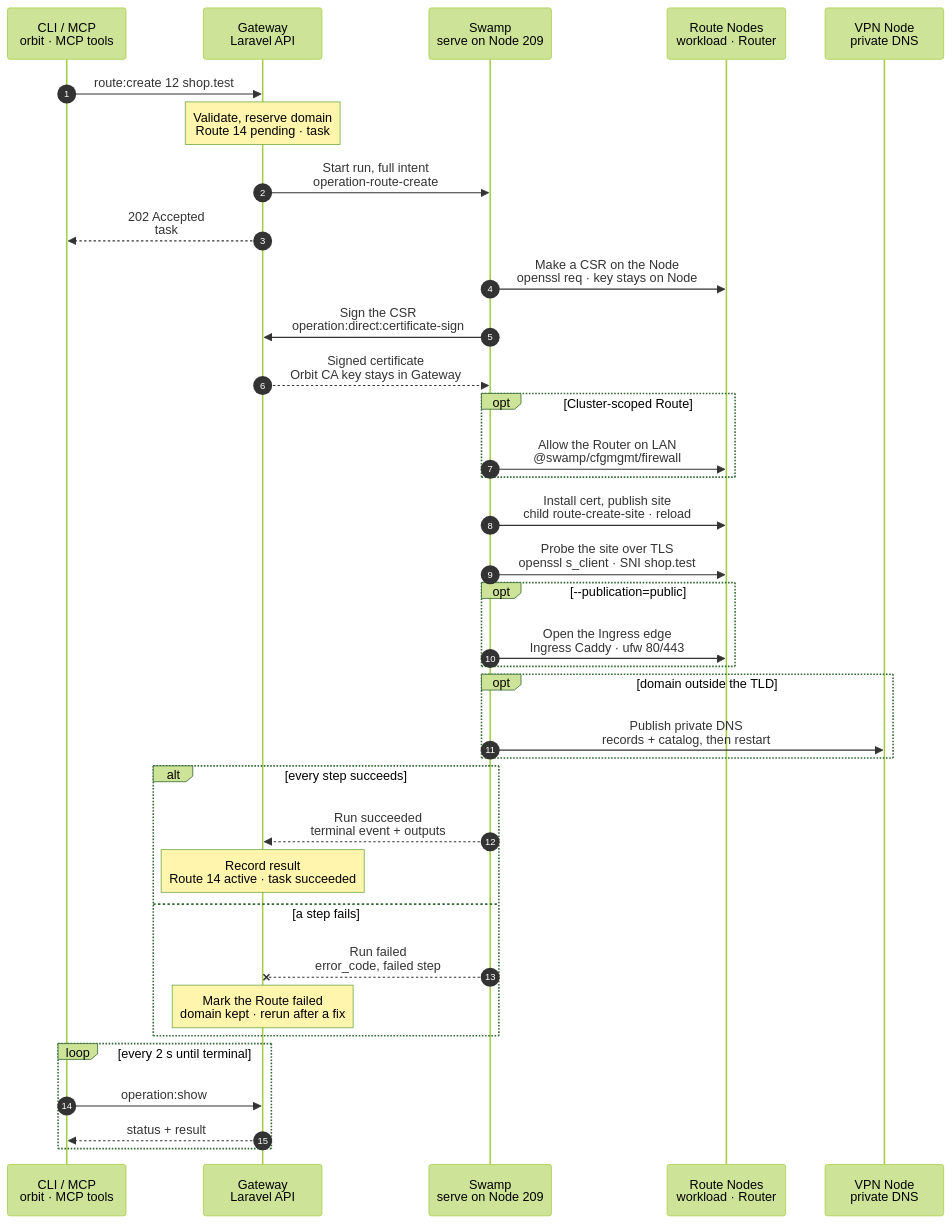
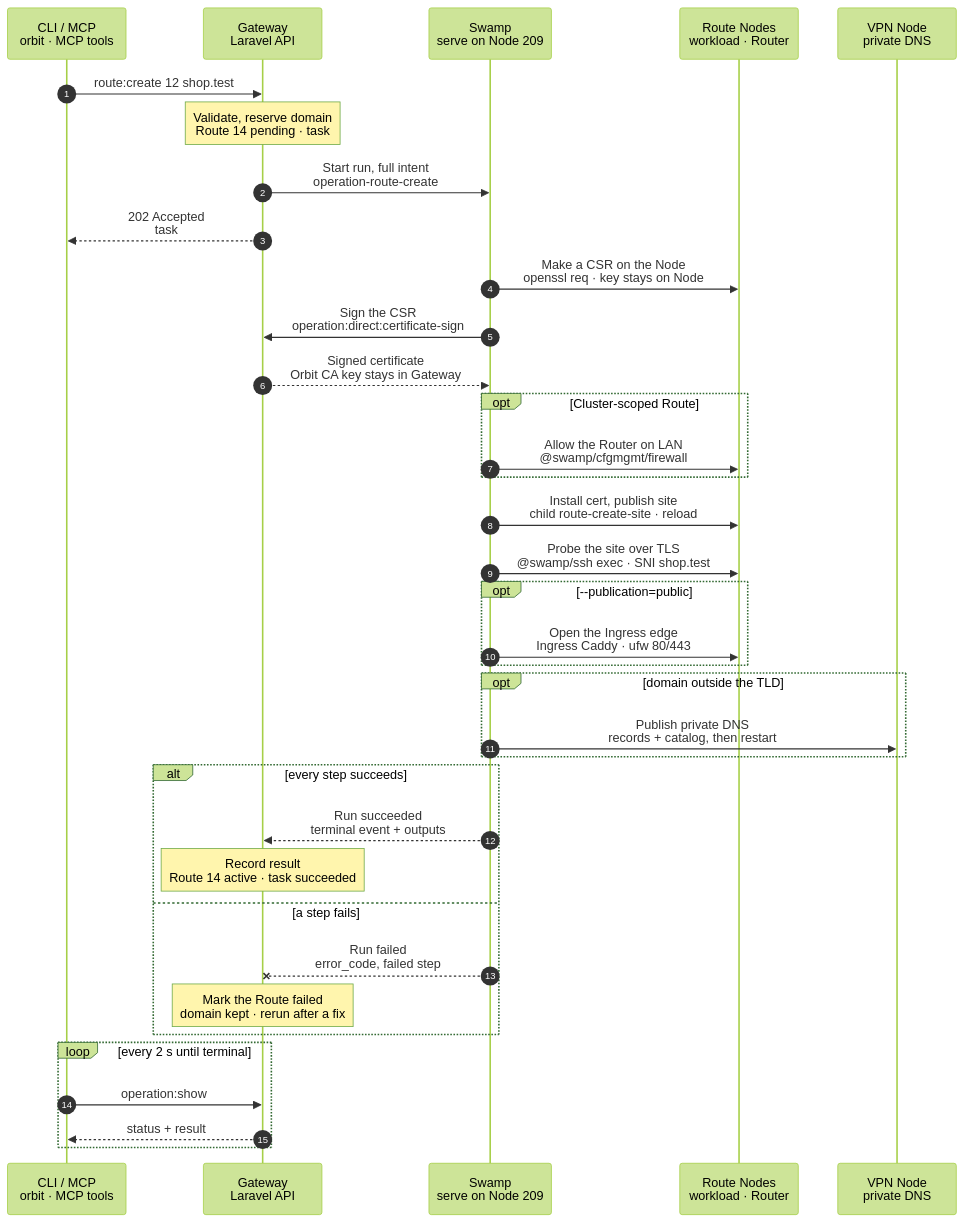
Before and after one commit to hardimpactdev/orbit: the diagram in docs/cli/route/create.mmd, drawn with Mermaid (forest theme). The commit also changed 8 other files, not shown here.

Commit message:
refactor(routes): probe create through pinned official SSH argv

```diff
--- a/docs/cli/route/create.mmd
+++ b/docs/cli/route/create.mmd
@@ -1,168 +1,168 @@
 sequenceDiagram
   %% Target design: ADR 0244 task, DECISIONS R1-R4, no DNS hold, TLD-wide private DNS, web root at instance:create, cert+site one step (Nick 2026-11-02), firewall.allow shape, Gateway signs CSRs (root-of-trust), single-swamp-node. docs/cli/route.mdx, docs/reference/routes.md.
   %% Checked: flow-tighten 2026-11-02, rules 14-22 (rule 22: name the cfgmgmt behaviors; no other change).
   %% Rule 23: 2026-11-03 required-only main path.
   %% status: draft
   %% command: route:create
   %% kind: route.create
   autonumber
   %% lane CLI icon=terminal pill=caller tone=gray
   %% lane GW icon=gateway pill=intent tone=blue
   %% lane SW icon=workflow pill=executes tone=green
   %% lane N icon=server pill=target tone=amber
   %% lane V icon=server pill=target tone=purple
   participant CLI as CLI / MCP<br/>orbit · MCP tools
   participant GW as Gateway<br/>Laravel API
   participant SW as Swamp<br/>serve on Node 209
   participant N as Route Nodes<br/>workload · Router
   participant V as VPN Node<br/>private DNS
   CLI->>GW: route:create 12 shop.test
   %%> Command:
   %%> - `orbit route:create 12 shop.test`
   %%> - syntax: `<instance> <domain> [--publication=private|public] [--web-root=PATH]`
   %%> Other forms:
   %%> - custom proxy: `<domain> --node=NODE --upstream=URL` or `<domain> --node=NODE --process=PROCESS`
   %%> - public Process Route: `<domain> --process=PROCESS [--ingress=NODE] --publication=public`
   %%> Input:
   %%> - Instance 12 sets the Project and the scope: its Node, or its active Cluster
   %%> - the domain; the Gateway normalizes it
   %%> Optional:
   %%> - `--publication=public`: also opens the Ingress edge; the default is `private`
   %%> - `--web-root=PATH`: the site serves that directory of the checkout; it adds no step
   %%> - `--idempotency-key` and `--json` change no step
   %%> Who can call it:
   %%> - the `orbit` CLI and the MCP tool send the same request
   Note over GW: Validate, reserve domain<br/>Route 14 pending · task #5120
   %%> Requirements:
   %%> - your Node has an access grant to Node 7, the Node of Instance 12
   %%> - Instance 12 is active and has a supported web root
   %%> - the domain is valid, free, and not a reserved name such as `gateway.orbit`
   %%> - Instance 12 has no other Route without a web root (`route.target_conflict`)
   %%> - a Cluster-scoped Route needs an active Router (`route.router_required`)
   %%> - a public Route needs production targets and a serving Ingress
   %%> Locks:
   %%> - the projection lock and the Instance environment owner of Instance 12
   %%> - a busy lock is waited for up to 30 s, then `app-dev.projection_busy`
   %%> Builds:
   %%> - the Caddy site blocks for every affected Node, the certificate leaves, the LAN tuples and the private DNS records
   %%> Result:
   %%> - Route 14 recorded as `pending`, unpublished, with the domain reserved
   %%> - task #5120 recorded with the full intent
   %%> - nothing has happened on a Node yet
   GW->>SW: Start run, full intent<br/>operation-route-create
   %%> What it does:
   %%> - starts one Swamp run on serve (Node 209)
   %%> Inputs:
   %%> - the rendered Caddy blocks before and after, per Node
   %%> - the certificate leaves: Node, scope, domain, Node user
   %%> - LAN tuples, DNS records, probes, and each Node's address and SSH host keys
   %%> - production `.env` material only as vault key names in `orbit-control-inputs` (R3)
   %%> - the SSH identity comes from the `swamp` role
   GW-->>CLI: 202 Accepted<br/>task #5120
   %%> What you get:
   %%> - the task number, at once
   %%> Next:
   %%> - the CLI follows the task with `operation:show`
   SW->>N: Make a CSR on the Node<br/>openssl req · key stays on Node
   %%> How:
   %%> - Swamp reaches Node 7, and the Router for a Cluster Route, over `@swamp/ssh` from 209
   %%> What it does:
   %%> - makes a new private key and a certificate request for `shop.test`
   %%> - returns only the public CSR to Swamp
   %%> Why:
   %%> - the private key never leaves the Node
   SW->>GW: Sign the CSR<br/>operation:direct:certificate-sign
   %%> What it does:
   %%> - sends the CSRs with task #5120 and the run id
   %%> Why:
   %%> - the Orbit CA key stays in the Gateway; signing is the one step that calls the Gateway
   %%> Requirements:
   %%> - the Gateway checks the task, the run, and that each CSR matches an admitted leaf
   GW-->>SW: Signed certificate<br/>Orbit CA key stays in Gateway
   %%> Returns:
   %%> - one public certificate bundle per leaf
   opt Cluster-scoped Route
     SW->>N: Allow the Router on LAN<br/>@swamp/cfgmgmt/firewall
     %%> What it does:
     %%> - on the workload Node, allows TCP 443 from the Router's LAN address
     %%> - an identical tuple that another Route uses is left as it is
     %%> - a managed rule goes below the operator rules, so `@swamp/cfgmgmt/firewall` needs no insert position
     %%> Why:
     %%> - the Router forwards to the workload over LAN, with no WireGuard fallback
   end
   SW->>N: Install cert, publish site<br/>child route-create-site · reload
   %%> What it does, per Node, in one child run:
   %%> - installs the signed certificate next to its key, `root:caddy` 0644, and points `current` at it
   %%> - copies the pair into the account's `~/.orbit/certificates`, which development servers read
   %%> - trusts the Orbit root, writes the PHP-FPM pools, then the whole Caddyfile
   %%> - validates the Caddyfile, then reloads Caddy
   %%> - writes `APP_URL`, or a production `.env` from the vault
   %%> Until instance:create owns it:
   %%> - grants Caddy read access to the web root, one `setfacl` per directory
   %%> How:
   %%> - `@swamp/cfgmgmt` file, link and line; `caddy validate`, reloads and `setfacl` as `@swamp/ssh exec`
   %%> Why reload:
   %%> - a reload keeps open connections; Caddy is never restarted (rule 7)
   %%> Refuses:
-  %%> - a validation error; the old Caddyfile stays in place
+  %%> - a validation error stops the reload; the written candidate stays for convergence
   %%> Why one step:
   %%> - same Node, back to back; the certificate never sits on the Node without its site
-  SW->>N: Probe the site over TLS<br/>openssl s_client · SNI shop.test
+  SW->>N: Probe the site over TLS<br/>@swamp/ssh exec · SNI shop.test
   %%> What it does:
-  %%> - connects from 209 to the workload, or the Router, on port 443 with the Route domain as SNI
+  %%> - runs one pinned SSH argv on 209, connecting to the workload or Router on port 443 with the Route domain as SNI
   %%> - requires a chain the Orbit root trusts
   %%> Why:
   %%> - the Route only counts as served when the probe passes
   %%> Not included:
   %%> - the application's own HTTP answer; a 500 does not fail the Route
   opt --publication=public
     SW->>N: Open the Ingress edge<br/>Ingress Caddy · ufw 80/443
     %%> What it does:
     %%> - publishes the public site on the Ingress, with `tls force_automate` for Let's Encrypt
     %%> - opens `orbit:ingress-http` and `orbit:ingress-https` when they are closed
     %%> Not included:
     %%> - the public DNS record; you create it yourself
     %%> - waiting for Let's Encrypt; Caddy retries on its own
   end
   opt domain outside the TLD
     SW->>V: Publish private DNS<br/>records + catalog, then restart
     %%> What it does:
     %%> - adds the domain, for example `shop.nick.dev`, pointing at Node 7, or at the Router for a Cluster Route
     %%> - writes the records and the catalog with `@swamp/cfgmgmt/file`, then restarts dnsmasq; it reads records only at start
     %%> Order:
     %%> - DNS goes last, so a name only resolves when its site serves
     %%> When:
     %%> - only when the domain is outside the TLD of Node 7 or its Cluster
     %%> - `shop.test` needs no record: private DNS already answers all of `.test` with Node 7
   end
   alt every step succeeds
     SW-->>GW: Run succeeded<br/>terminal event + outputs
     %%> How the Gateway learns it:
     %%> - its shared run reader sees the terminal event; Swamp never calls the Gateway
     Note over GW: Record result<br/>Route 14 active · task succeeded
     %%> Result:
     %%> - Route 14 becomes `active` and Instance 12 shows `https://shop.test`
     %%> - task #5120 succeeds
   else a step fails
     SW--xGW: Run failed<br/>error_code, failed step
     %%> The Gateway reads:
     %%> - which step failed and its error code
     Note over GW: Mark the Route failed<br/>domain kept · rerun after a fix
     %%> Result:
     %%> - Route 14 is marked `failed` with `failed_step` and `error_code`; the domain stays reserved
     %%> - task #5120 fails
     %%> On the Node:
     %%> - what the run added stays; there is no rollback
     %%> - that is safe: Route 14 shows `failed`, and a rerun converges the same state
     %%> Retry:
     %%> - run the same command again after fixing the cause; it is a new task and skips finished steps
     %%> - to give up instead, run `route:destroy 14`; it removes what the run added
   end
   loop every 2 s until terminal
     CLI->>GW: operation:show #5120
     %%> What it does:
     %%> - asks for the task's status every 2 seconds until it has ended
     GW-->>CLI: status + result
     %%> Returns:
     %%> - the current status, and the result once the task has ended
   end
```
